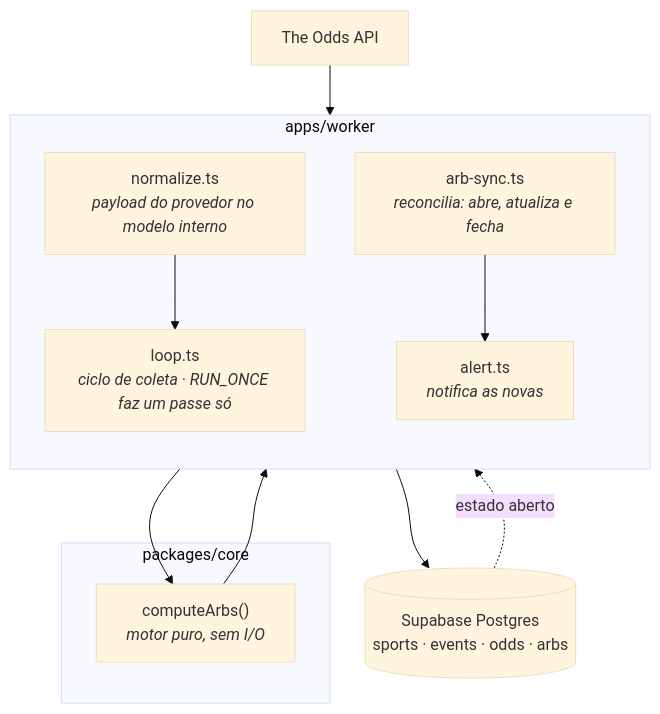
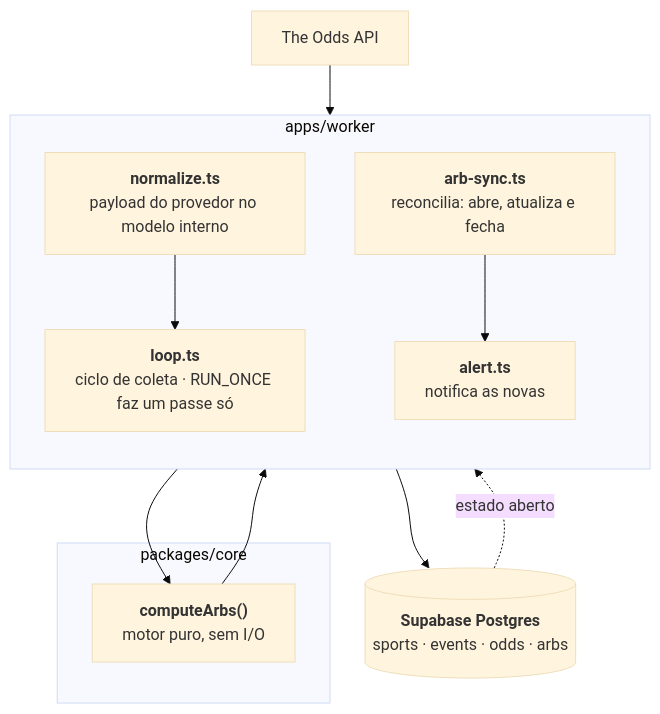
One commit to cauelimsia/surebet-api changed the diagram in README.md. Above: the diagram before and after it, drawn with Mermaid (base theme).

Commit message:
docs: use mermaid markdown strings so multi-line labels survive
GitHub renders mermaid with htmlLabels off, so <br/> and <i> were dropped and
every label ran together on one line.

````diff
--- a/README.md
+++ b/README.md
@@ -82,22 +82,28 @@
 ```mermaid
 flowchart TD
     API["The Odds API"]
 
     subgraph worker["apps/worker"]
         direction TB
-        N["normalize.ts<br/><i>payload do provedor no modelo interno</i>"]
-        L["loop.ts<br/><i>ciclo de coleta · RUN_ONCE faz um passe só</i>"]
-        S["arb-sync.ts<br/><i>reconcilia: abre, atualiza e fecha</i>"]
-        AL["alert.ts<br/><i>notifica as novas</i>"]
+        N["`**normalize.ts**
+        payload do provedor no modelo interno`"]
+        L["`**loop.ts**
+        ciclo de coleta · RUN_ONCE faz um passe só`"]
+        S["`**arb-sync.ts**
+        reconcilia: abre, atualiza e fecha`"]
+        AL["`**alert.ts**
+        notifica as novas`"]
     end
 
     subgraph core["packages/core"]
-        C["computeArbs()<br/><i>motor puro, sem I/O</i>"]
+        C["`**computeArbs()**
+        motor puro, sem I/O`"]
     end
 
-    DB[("Supabase Postgres<br/>sports · events · odds · arbs")]
+    DB[("`**Supabase Postgres**
+    sports · events · odds · arbs`")]
 
     API --> N --> L --> C --> S --> DB
     S --> AL
     DB -. estado aberto .-> S
 ```
````
